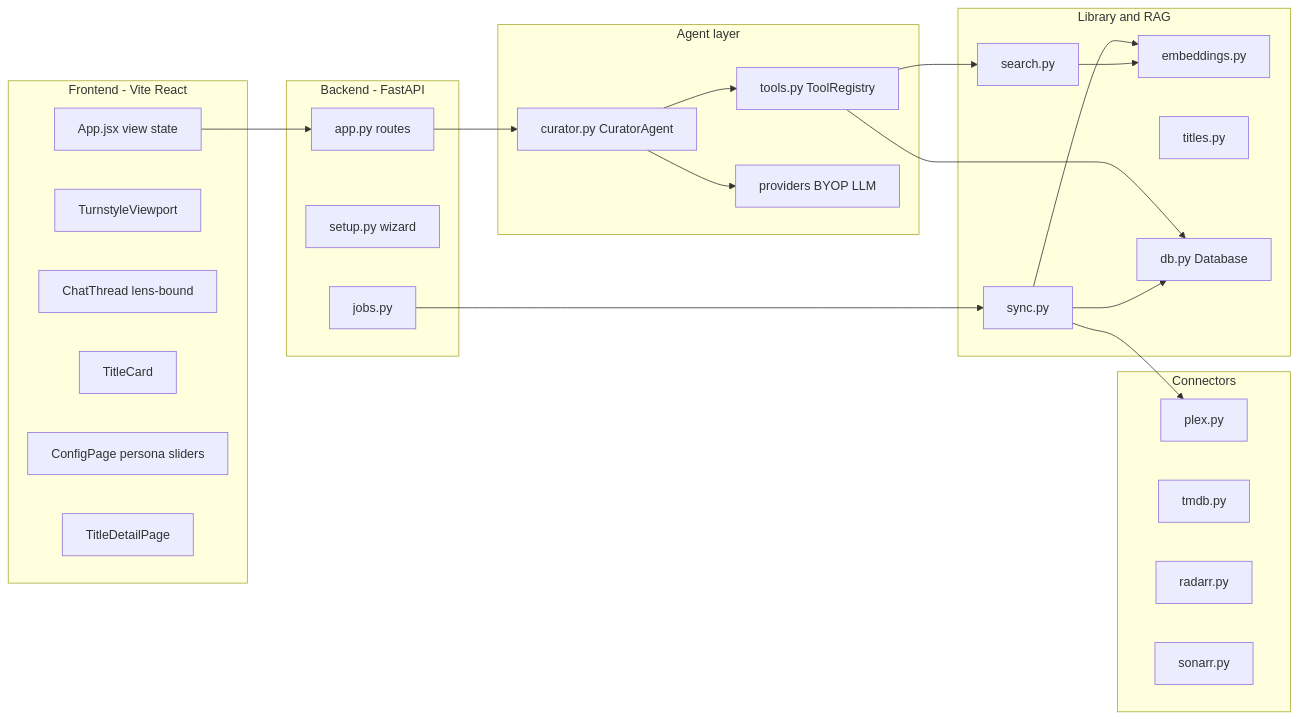
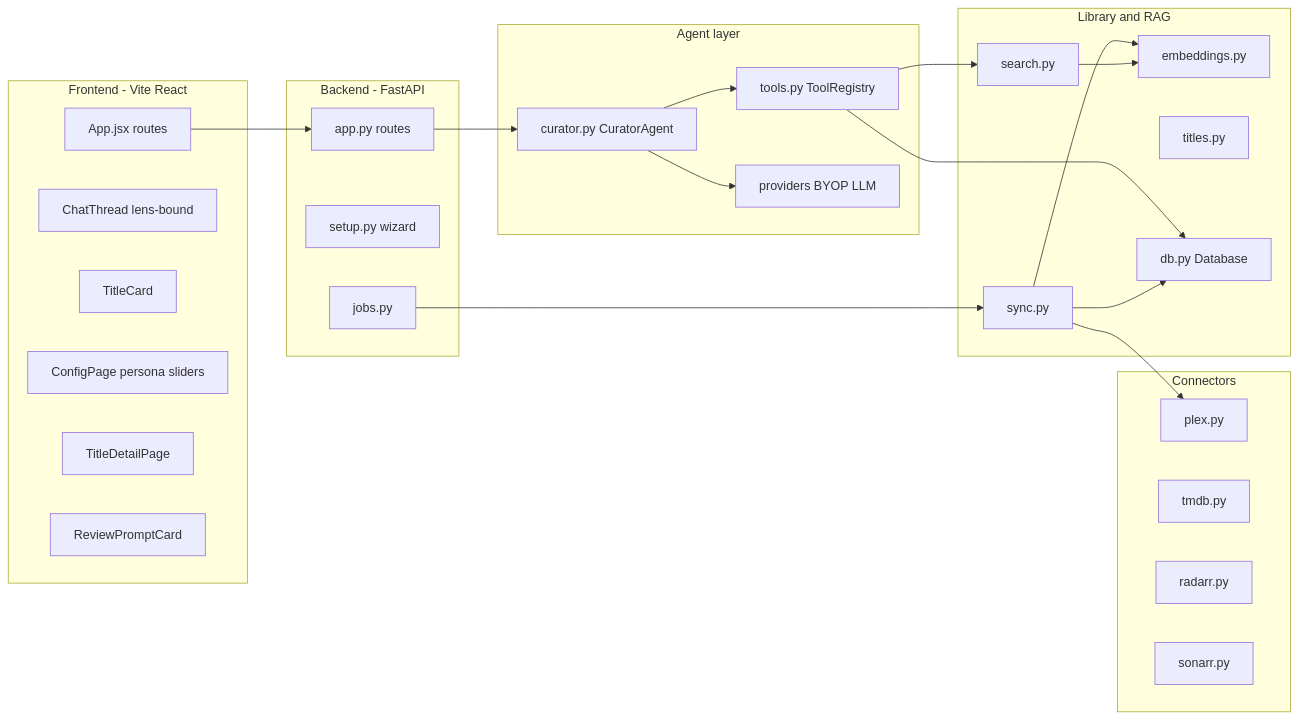
The third of 5 diagrams in docs/ARCHITECTURE.md (romwil/curatorx), drawn with Mermaid before and after one commit. The commit also changed other lines of this file and 83 other files, not shown here.

````diff
--- a/docs/ARCHITECTURE.md
+++ b/docs/ARCHITECTURE.md
@@ -124,50 +125,50 @@
 ```mermaid
 flowchart LR
     subgraph frontend [Frontend - Vite React]
-        App[App.jsx view state]
-        TurnstyleV[TurnstyleViewport]
-        Chat[ChatThread lens-bound]
+        App[App.jsx routes]
+        ChatThread[ChatThread lens-bound]
         Cards[TitleCard]
         Config[ConfigPage persona sliders]
         Detail[TitleDetailPage]
+        ReviewsUI[ReviewPromptCard]
     end
 
     subgraph backend [Backend - FastAPI]
         Routes[app.py routes]
         Setup[setup.py wizard]
         JobMgr[jobs.py]
     end
 
     subgraph agentLayer [Agent layer]
         Curator[curator.py CuratorAgent]
         Tools[tools.py ToolRegistry]
         Providers[providers BYOP LLM]
     end
 
     subgraph library [Library and RAG]
         Sync[sync.py]
         Search[search.py]
         Emb[embeddings.py]
         Titles[titles.py]
         Db[db.py Database]
     end
 
     subgraph connectors [Connectors]
         PlexC[plex.py]
         TMDBC[tmdb.py]
         RadarrC[radarr.py]
         SonarrC[sonarr.py]
     end
 
     App --> Routes
     Routes --> Curator
     Curator --> Tools
     Curator --> Providers
     Tools --> Search
     Tools --> Db
     JobMgr --> Sync
     Sync --> Db
     Sync --> Emb
     Search --> Emb
     Sync --> PlexC
 ```
````
